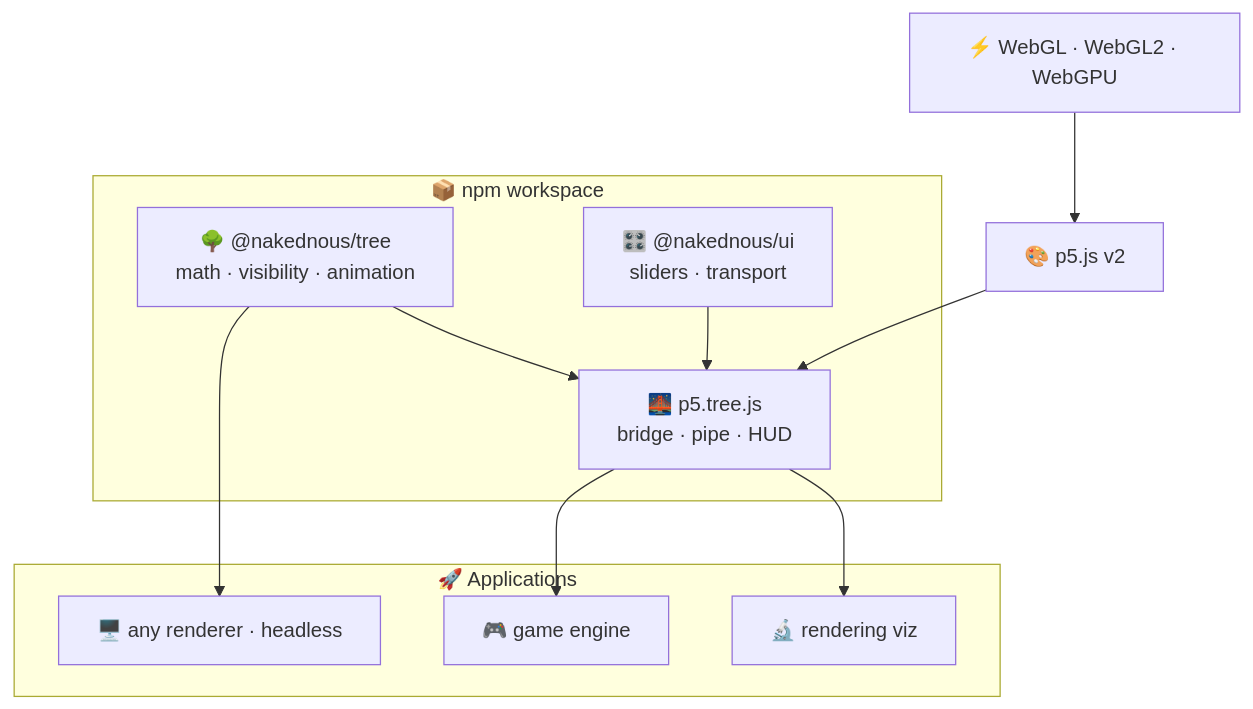
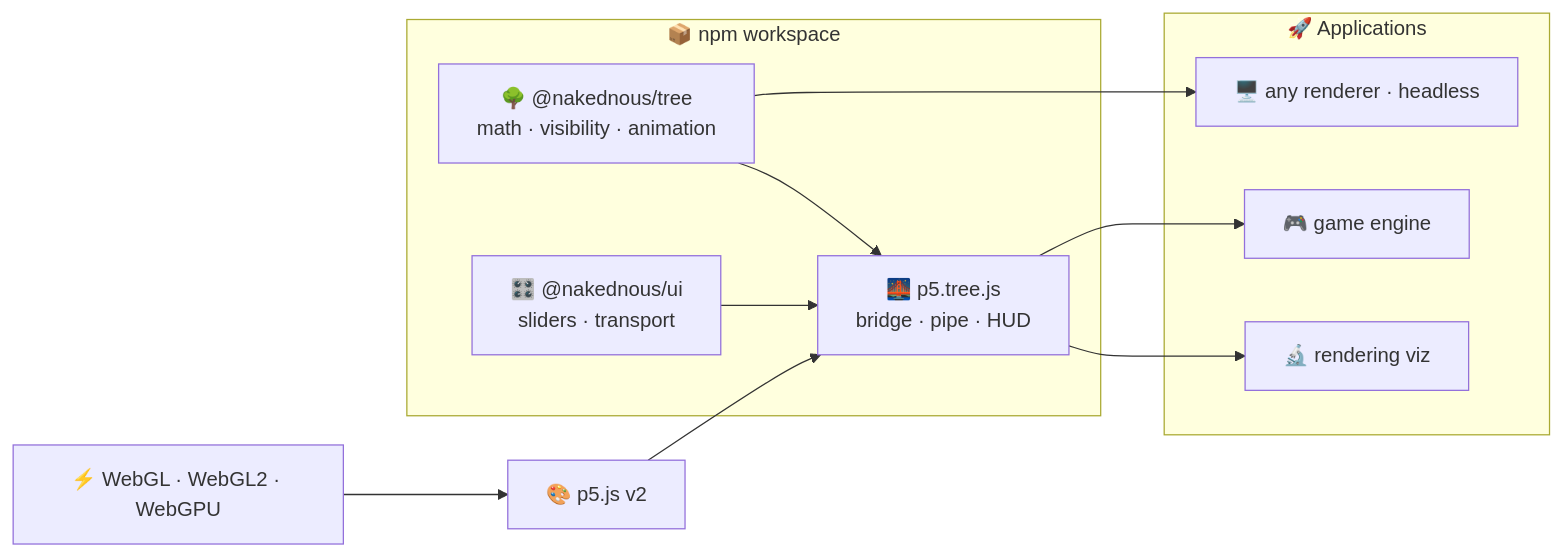
Before and after one commit to ABJ-d/tree: the first of 6 diagrams in slides.md, drawn with Mermaid. The commit also changed other lines of this file and 187 other files, not shown here.

````diff
--- a/slides.md
+++ b/slides.md
@@ -45,23 +45,20 @@
 ```mermaid
-flowchart TB
+flowchart LR
   A["⚡ WebGL · WebGL2 · WebGPU"]
   B["🎨 p5.js v2"]
-
   subgraph ws["📦 npm workspace"]
     T["🌳 @nakednous/tree\nmath · visibility · animation"]
     U["🎛️ @nakednous/ui\nsliders · transport"]
     P["🌉 p5.tree.js\nbridge · pipe · HUD"]
   end
-
   subgraph apps["🚀 Applications"]
     V["🔬 rendering viz"]
     G["🎮 game engine"]
     X["🖥️ any renderer · headless"]
   end
-
   A --> B --> P
   T --> P
   U --> P
   P --> V & G
   T --> X
 ```
````
